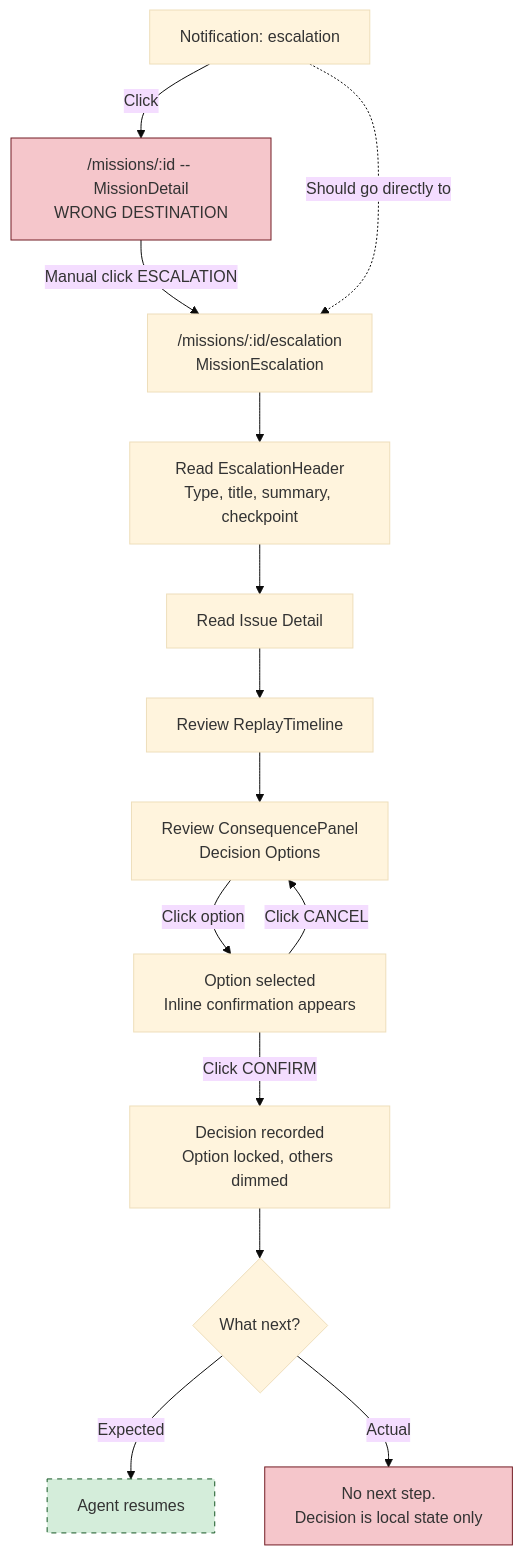
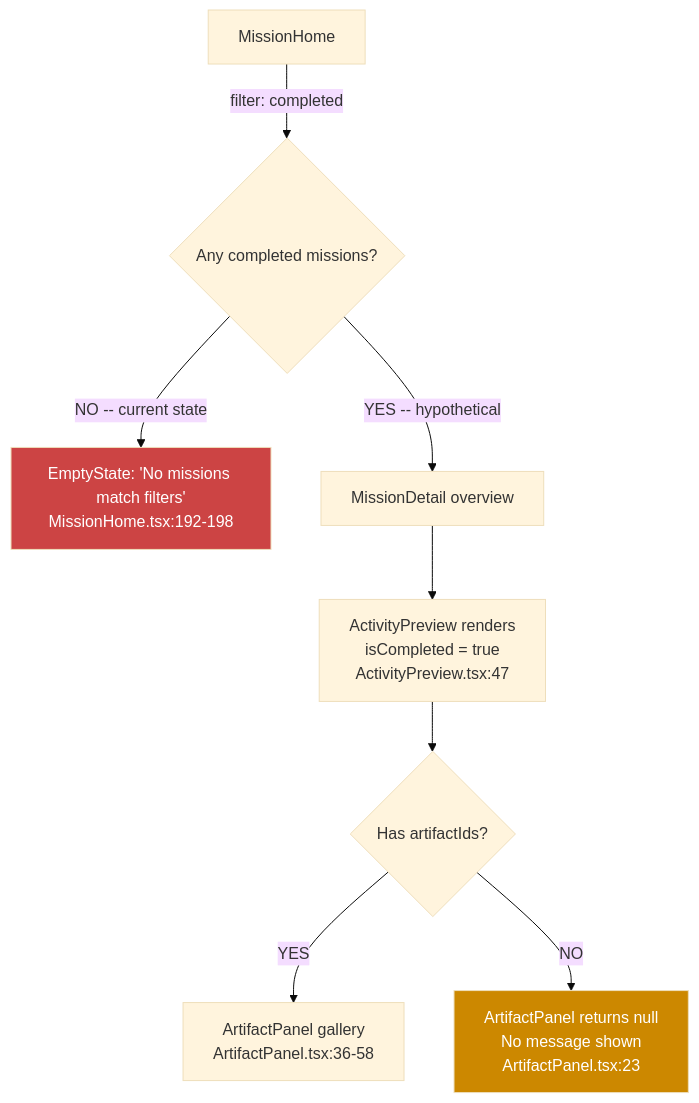
Before and after one commit to 45ck/mission-control-ui: the fifth of 7 diagrams in docs/hci/user-journeys.md, drawn with Mermaid (base theme). The commit also changed other lines of this file and 51 other files, not shown here.

````diff
--- a/docs/hci/user-journeys.md
+++ b/docs/hci/user-journeys.md
@@ -283,23 +375,13 @@
 ```mermaid
 flowchart TD
-    N[Notification: escalation] -->|Click| MD["/missions/:id" -- MissionDetail<br>WRONG DESTINATION]
-    MD -->|Manual click ESCALATION| ESC["/missions/:id/escalation"<br>MissionEscalation]
+    A[MissionHome] -->|"filter: completed"| B{Any completed missions?}
+    B -->|"NO -- current state"| C["EmptyState: 'No missions match filters'<br>MissionHome.tsx:192-198"]
+    B -->|"YES -- hypothetical"| D[MissionDetail overview]
+    D --> E["ActivityPreview renders<br>isCompleted = true<br>ActivityPreview.tsx:47"]
+    E --> F{Has artifactIds?}
+    F -->|YES| G["ArtifactPanel gallery<br>ArtifactPanel.tsx:36-58"]
+    F -->|NO| H["ArtifactPanel returns null<br>No message shown<br>ArtifactPanel.tsx:23"]
 
-    N -.->|Should go directly to| ESC
-
-    ESC --> H[Read EscalationHeader<br>Type, title, summary, checkpoint]
-    H --> D[Read Issue Detail]
-    D --> R[Review ReplayTimeline]
-    R --> C[Review ConsequencePanel<br>Decision Options]
-    C -->|Click option| SEL[Option selected<br>Inline confirmation appears]
-    SEL -->|Click CONFIRM| DONE[Decision recorded<br>Option locked, others dimmed]
-    SEL -->|Click CANCEL| C
-
-    DONE --> Q{What next?}
-    Q -->|Expected| RESUME[Agent resumes]
-    Q -->|Actual| NOTHING[No next step.<br>Decision is local state only]
-
-    style MD fill:#f5c6cb,stroke:#721c24
-    style NOTHING fill:#f5c6cb,stroke:#721c24
-    style RESUME fill:#d4edda,stroke:#155724,stroke-dasharray: 5 5
+    style C fill:#c44,color:#fff
+    style H fill:#c80,color:#fff
 ```
````
